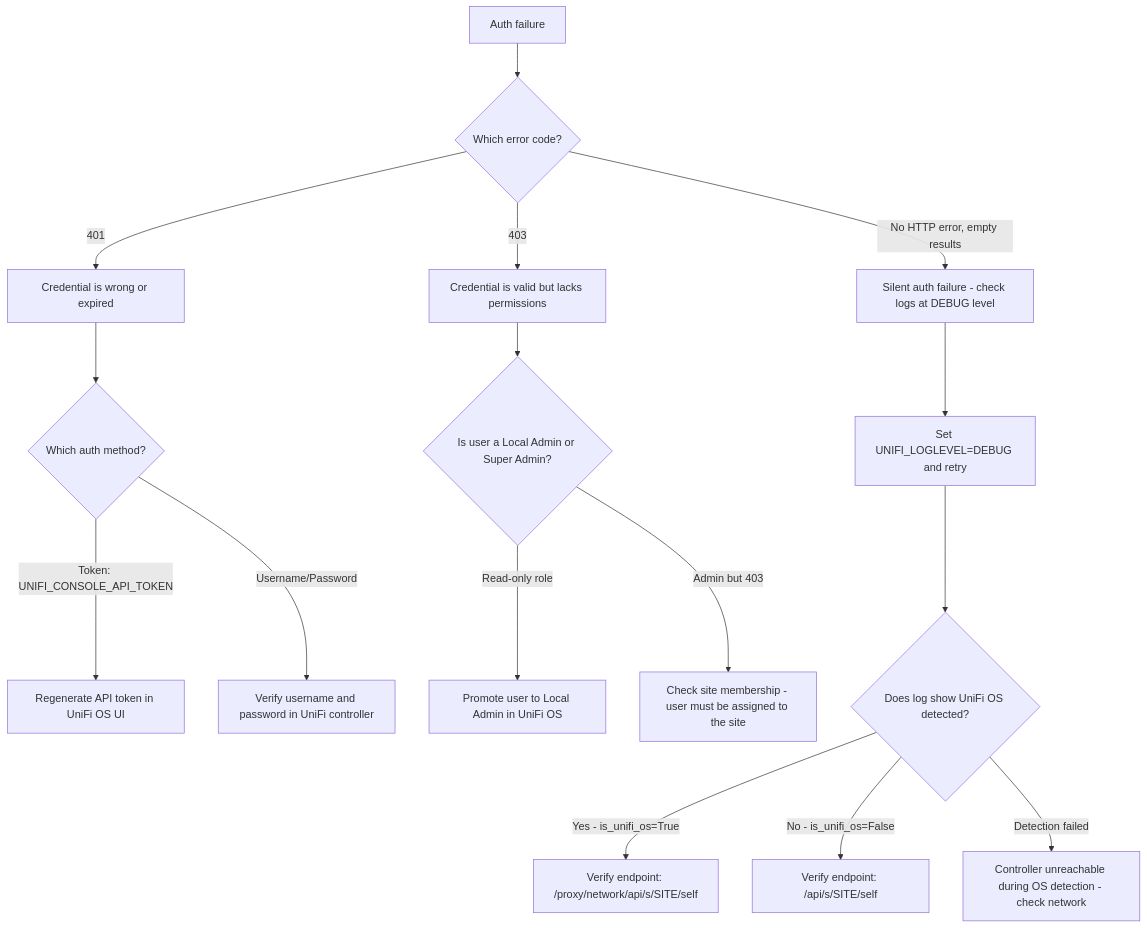
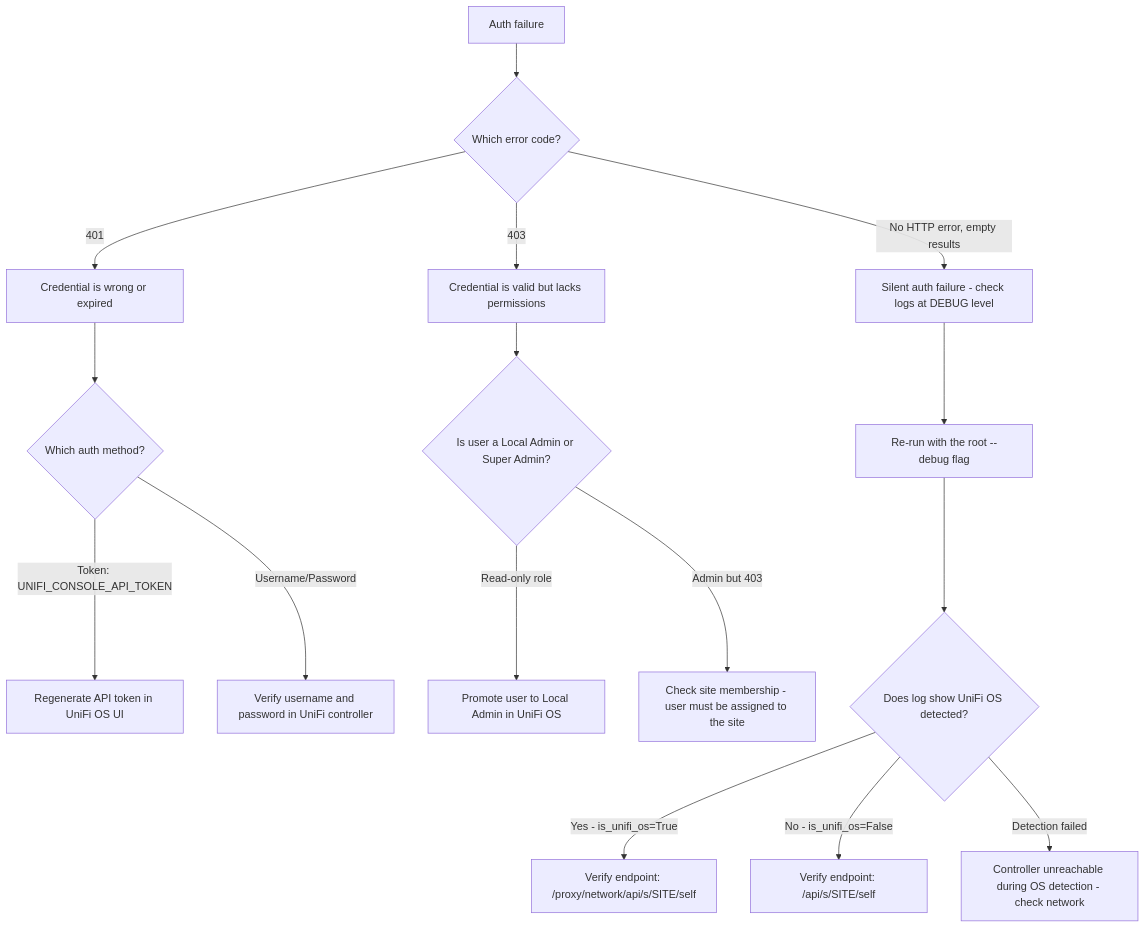
The second of 14 diagrams in docs/operations/troubleshooting-and-runbook.md (NetDevAutomate/unifi_management_cli), drawn with Mermaid before and after one commit. The commit also changed other lines of this file and 1 other file, not shown here.

First line of the commit message:
docs(runbook): fix invalid commands and add SSH, Protect and root-flag entries

````diff
--- a/docs/operations/troubleshooting-and-runbook.md
+++ b/docs/operations/troubleshooting-and-runbook.md
@@ -127,21 +152,21 @@
 ```mermaid
 flowchart TD
     A[Auth failure] --> B{Which error code?}
     B -->|401| C[Credential is wrong or expired]
     B -->|403| D[Credential is valid but lacks permissions]
     B -->|No HTTP error, empty results| E[Silent auth failure - check logs at DEBUG level]
 
     C --> F{Which auth method?}
     F -->|Token: UNIFI_CONSOLE_API_TOKEN| G[Regenerate API token in UniFi OS UI]
     F -->|Username/Password| H[Verify username and password in UniFi controller]
 
     D --> I{Is user a Local Admin or Super Admin?}
     I -->|Read-only role| J[Promote user to Local Admin in UniFi OS]
     I -->|Admin but 403| K[Check site membership - user must be assigned to the site]
 
-    E --> L[Set UNIFI_LOGLEVEL=DEBUG and retry]
+    E --> L[Re-run with the root --debug flag]
     L --> M{Does log show UniFi OS detected?}
     M -->|Yes - is_unifi_os=True| N[Verify endpoint: /proxy/network/api/s/SITE/self]
     M -->|No - is_unifi_os=False| O[Verify endpoint: /api/s/SITE/self]
     M -->|Detection failed| P[Controller unreachable during OS detection - check network]
 ```
````
